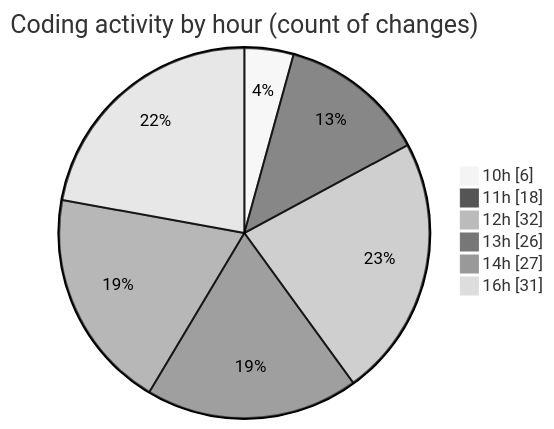
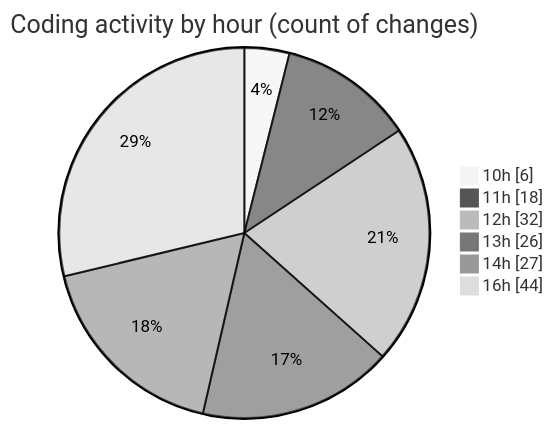
Before and after one commit to momahboobian/code-tracking: the second of 2 diagrams in 2026-09-03/cda/README.md, drawn with Mermaid (neutral theme). The commit also changed other lines of this file and 1 other file, not shown here.

````diff
--- a/2026-09-03/cda/README.md
+++ b/2026-09-03/cda/README.md
@@ -98,10 +98,10 @@
 ```mermaid
 pie showData
 title Coding activity by hour (count of changes)
 "10h" : 6
 "11h" : 18
 "12h" : 32
 "13h" : 26
 "14h" : 27
-"16h" : 31
+"16h" : 44
 ```
````
